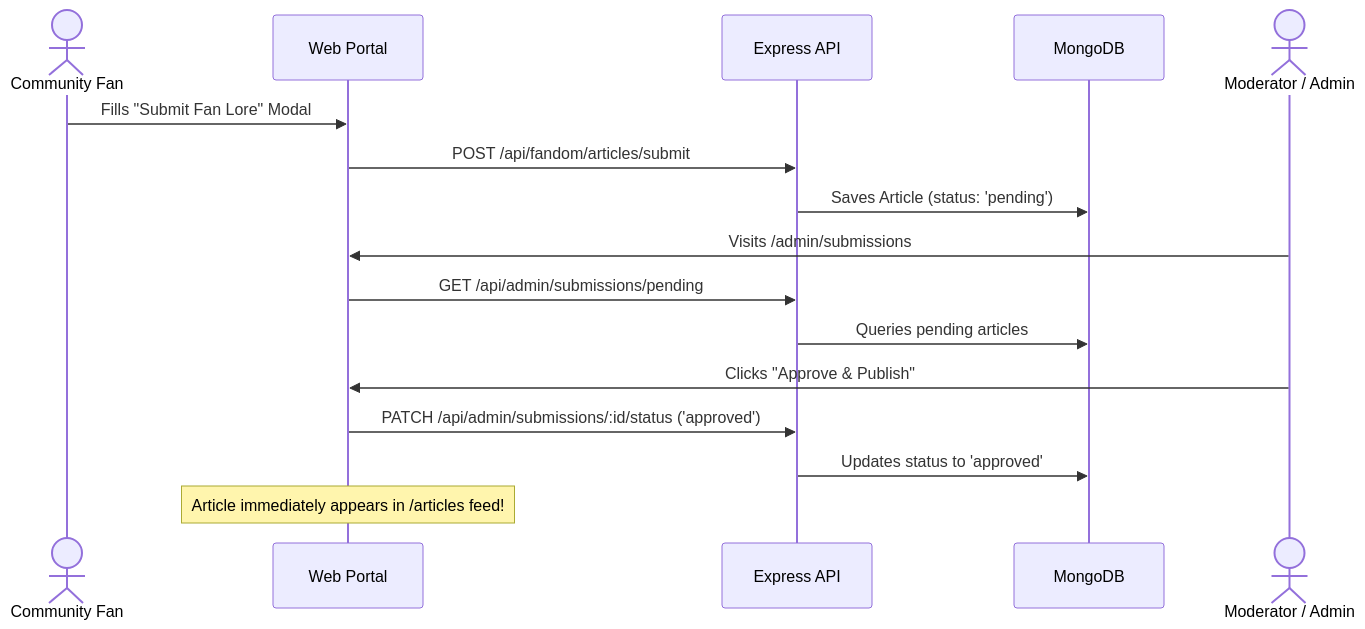
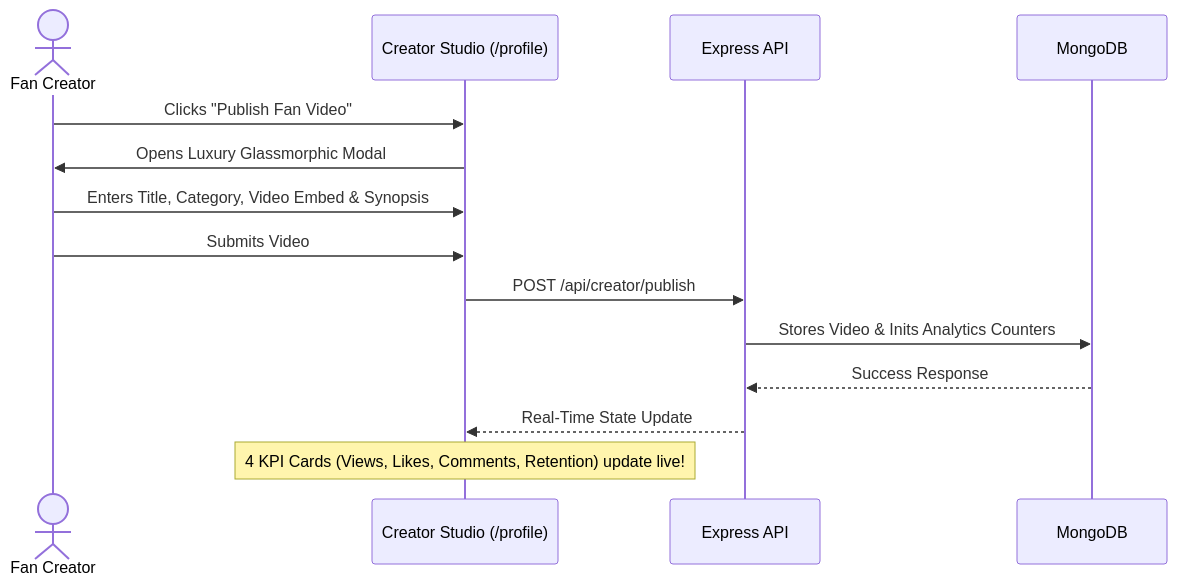
Before and after one commit to RazaHussainDev/fan-hub-plus: the second of 2 diagrams in TECHWIZ_PROJECT_REPORT.md, drawn with Mermaid. The commit also changed other lines of this file and 3 other files, not shown here.

````diff
--- a/TECHWIZ_PROJECT_REPORT.md
+++ b/TECHWIZ_PROJECT_REPORT.md
@@ -409,19 +344,17 @@
 ```mermaid
 sequenceDiagram
-    actor Fan as Community Fan
-    participant Client as Web Portal
-    participant Server as Express API
+    actor Creator as Fan Creator
+    participant UI as Creator Studio (/profile)
+    participant API as Express API
     participant DB as MongoDB
-    actor Admin as Moderator / Admin
 
-    Fan->>Client: Fills "Submit Fan Lore" Modal
-    Client->>Server: POST /api/fandom/articles/submit
-    Server->>DB: Saves Article (status: 'pending')
-    Admin->>Client: Visits /admin/submissions
-    Client->>Server: GET /api/admin/submissions/pending
-    Server->>DB: Queries pending articles
-    Admin->>Client: Clicks "Approve & Publish"
-    Client->>Server: PATCH /api/admin/submissions/:id/status ('approved')
-    Server->>DB: Updates status to 'approved'
-    Note over Client: Article immediately appears in /articles feed!
+    Creator->>UI: Clicks "Publish Fan Video"
+    UI->>Creator: Opens Luxury Glassmorphic Modal
+    Creator->>UI: Enters Title, Category, Video Embed & Synopsis
+    Creator->>UI: Submits Video
+    UI->>API: POST /api/creator/publish
+    API->>DB: Stores Video & Inits Analytics Counters
+    DB-->>API: Success Response
+    API-->>UI: Real-Time State Update
+    Note over UI: 4 KPI Cards (Views, Likes, Comments, Retention) update live!
 ```
````
